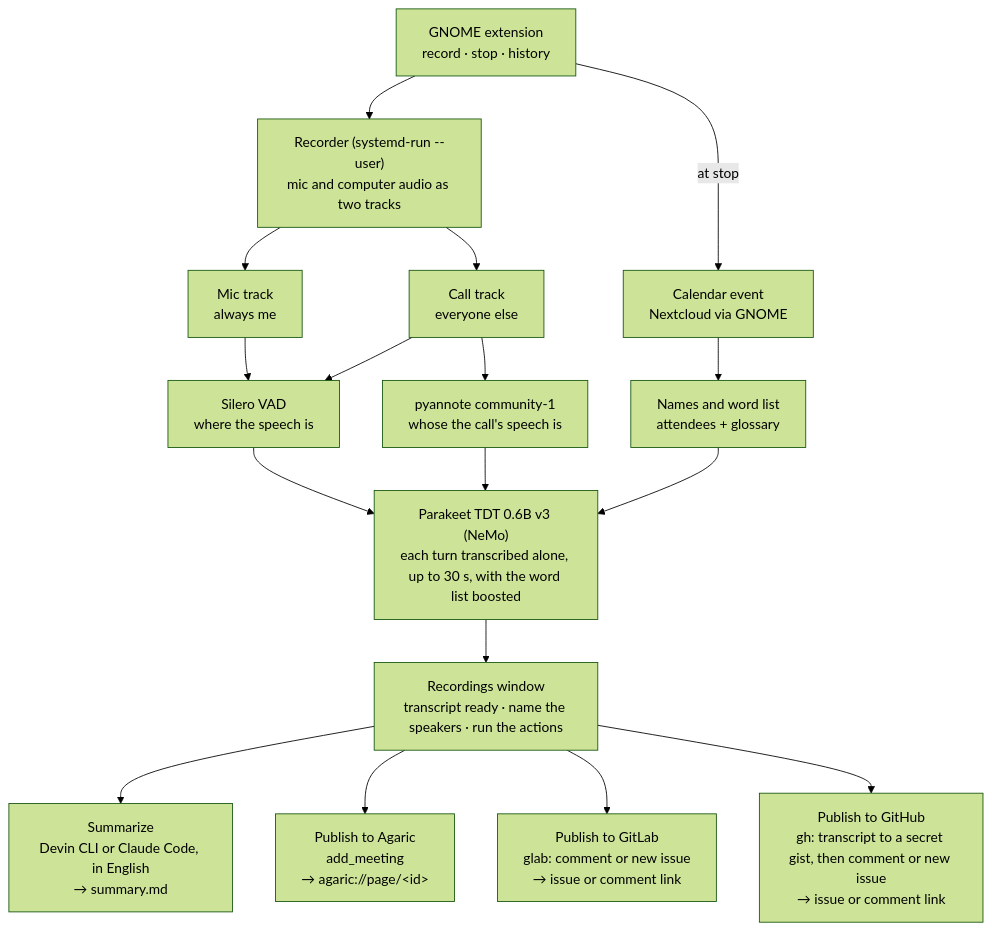
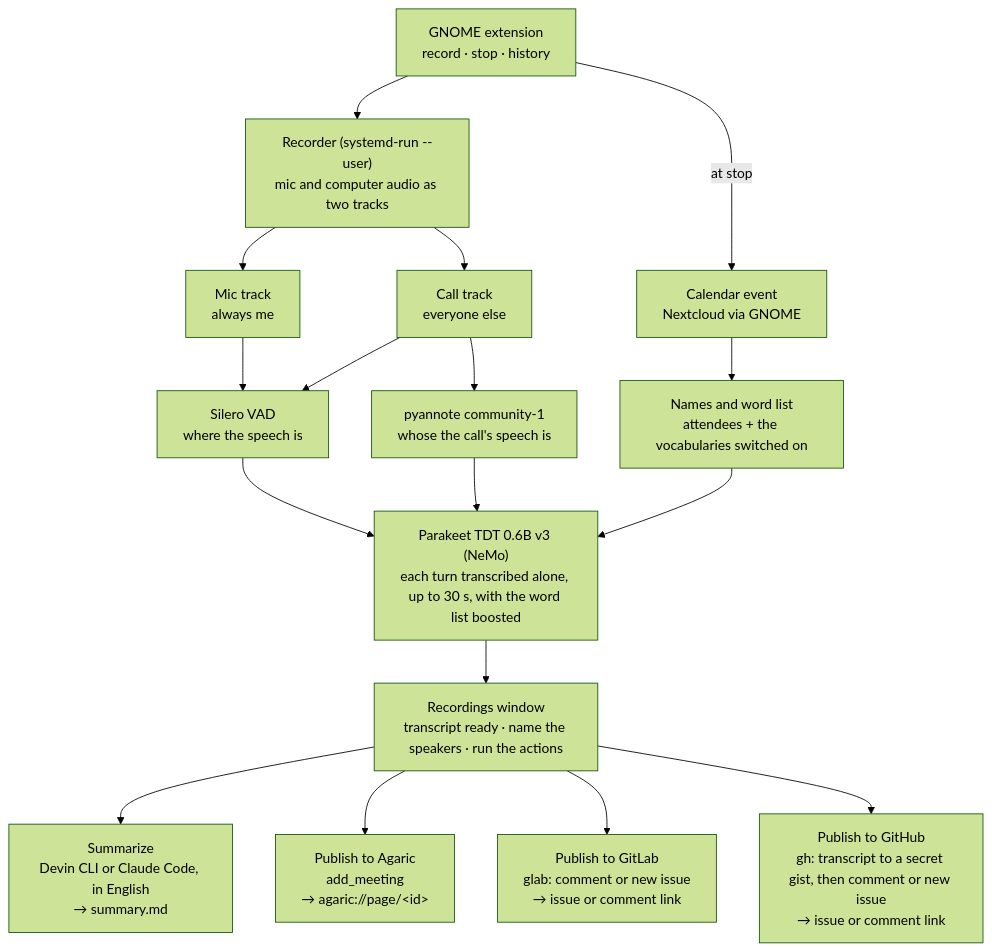
The first of 2 diagrams in docs/design.md (jfolcini/minutas), drawn with Mermaid (forest theme) before and after one commit. The commit also changed other lines of this file and 14 other files, not shown here.

````diff
--- a/docs/design.md
+++ b/docs/design.md
@@ -50,34 +50,34 @@
 ```mermaid
 flowchart TD
     ext["GNOME extension<br/>record · stop · history"]
     rec["Recorder (systemd-run --user)<br/>mic and computer audio as two tracks"]
     mic["Mic track<br/>always me"]
     calltrack["Call track<br/>everyone else"]
     cal["Calendar event<br/>Nextcloud via GNOME"]
     vad["Silero VAD<br/>where the speech is"]
     diar["pyannote community-1<br/>whose the call's speech is"]
-    words["Names and word list<br/>attendees + glossary"]
+    words["Names and word list<br/>attendees + the vocabularies switched on"]
     asr["Parakeet TDT 0.6B v3 (NeMo)<br/>each turn transcribed alone, up to 30 s, with the word list boosted"]
     hist["Recordings window<br/>transcript ready · name the speakers · run the actions"]
     sum["Summarize<br/>Devin CLI or Claude Code, in English<br/>→ summary.md"]
     agaric["Publish to Agaric<br/>add_meeting<br/>→ agaric://page/&lt;id&gt;"]
     gitlab["Publish to GitLab<br/>glab: comment or new issue<br/>→ issue or comment link"]
     github["Publish to GitHub<br/>gh: transcript to a secret gist, then comment or new issue<br/>→ issue or comment link"]
 
     ext --> rec
     ext -- at stop --> cal
     rec --> mic
     rec --> calltrack
     mic --> vad
     calltrack --> vad
     calltrack --> diar
     cal --> words
     vad --> asr
     diar --> asr
     words --> asr
     asr --> hist
     hist --> sum
     hist --> agaric
     hist --> gitlab
     hist --> github
 ```
````
